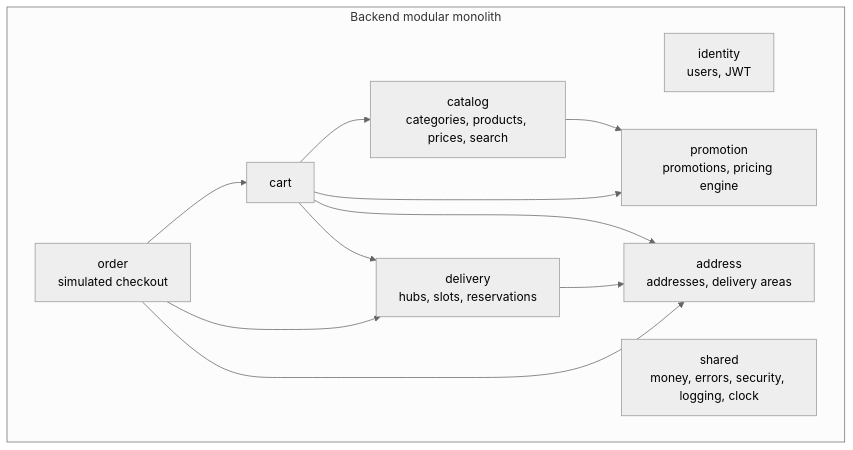
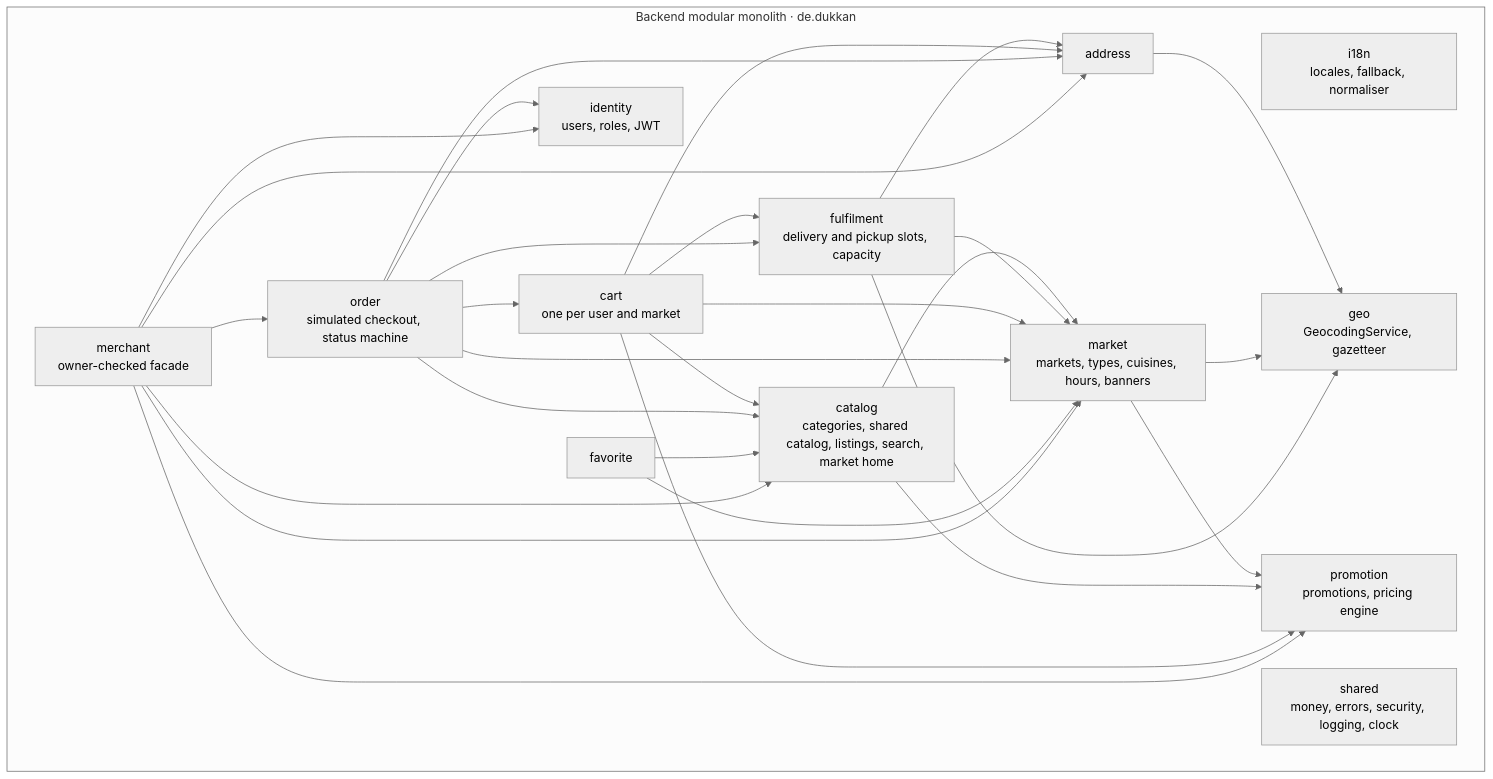
One commit to uptonext-org/dukkan changed the diagram in docs/architecture/diagrams/backend-modules.mmd. Above: the diagram before and after it, drawn with Mermaid (neutral theme). The commit also changed 15 other files, not shown here.

First line of the commit message:
docs: update architecture, API guide, setup, backlog and flows for the marketplace; add e2e-api CI job

```diff
--- a/docs/architecture/diagrams/backend-modules.mmd
+++ b/docs/architecture/diagrams/backend-modules.mmd
@@ -1,20 +1,43 @@
 flowchart TB
-  subgraph backend[Backend modular monolith]
-    identity[identity<br/>users, JWT]
-    catalog[catalog<br/>categories, products, prices, search]
+  subgraph backend[Backend modular monolith · de.dukkan]
+    i18n[i18n<br/>locales, fallback, normaliser]
+    geo[geo<br/>GeocodingService, gazetteer]
+    identity[identity<br/>users, roles, JWT]
+    market[market<br/>markets, types, cuisines, hours, banners]
     promotion[promotion<br/>promotions, pricing engine]
-    cart[cart]
-    address[address<br/>addresses, delivery areas]
-    delivery[delivery<br/>hubs, slots, reservations]
-    order[order<br/>simulated checkout]
+    catalog[catalog<br/>categories, shared catalog, listings, search, market home]
+    address[address]
+    fulfilment[fulfilment<br/>delivery and pickup slots, capacity]
+    cart[cart<br/>one per user and market]
+    order[order<br/>simulated checkout, status machine]
+    favorite[favorite]
+    merchant[merchant<br/>owner-checked facade]
     shared[shared<br/>money, errors, security, logging, clock]
   end
+  address --> geo
+  market --> geo
+  market --> promotion
+  catalog --> market
   catalog --> promotion
+  fulfilment --> market
+  fulfilment --> address
+  fulfilment --> geo
   cart --> catalog
+  cart --> fulfilment
   cart --> address
+  cart --> market
   cart --> promotion
-  cart --> delivery
-  delivery --> address
   order --> cart
-  order --> delivery
+  order --> catalog
+  order --> fulfilment
   order --> address
+  order --> market
+  order --> identity
+  favorite --> catalog
+  favorite --> market
+  merchant --> market
+  merchant --> catalog
+  merchant --> promotion
+  merchant --> order
+  merchant --> address
+  merchant --> identity
```
